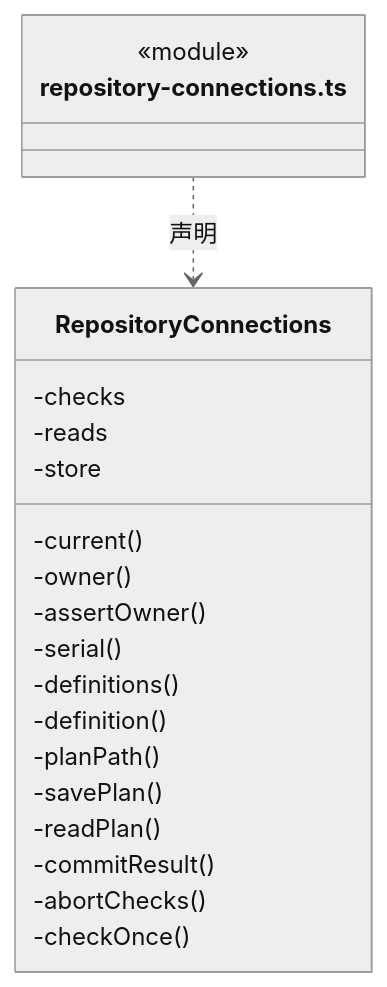
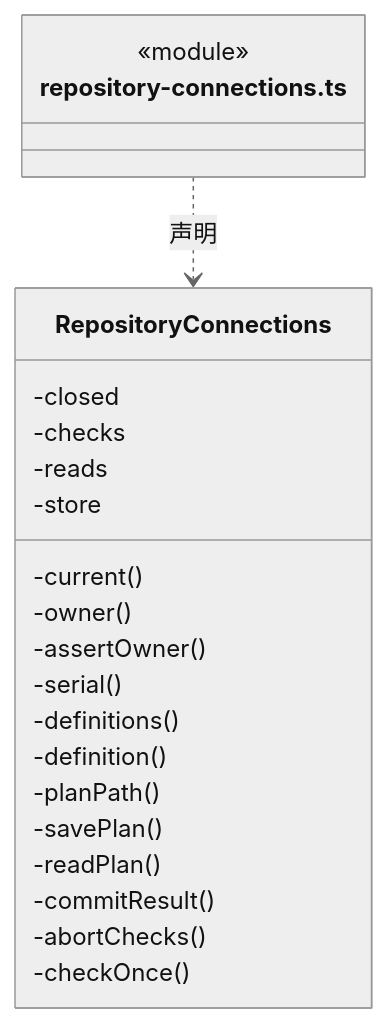
The third of 11 diagrams in src/backend/main/resources/ARCHITECTURE.md (nan023062/cbim), drawn with Mermaid (neutral theme) before and after one commit. The commit also changed other lines of this file and 62 other files, not shown here.

````diff
--- a/src/backend/main/resources/ARCHITECTURE.md
+++ b/src/backend/main/resources/ARCHITECTURE.md
@@ -97,24 +97,25 @@
 ```mermaid
 classDiagram
 class N_src_backend_main_resources_repository_connections_ts["repository-connections.ts"] {
   <<module>>
 }
 class N_src_backend_main_resources_repository_connections_ts_RepositoryConnections["RepositoryConnections"] {
+  -closed
   -checks
   -reads
   -store
   -current()
   -owner()
   -assertOwner()
   -serial()
   -definitions()
   -definition()
   -planPath()
   -savePlan()
   -readPlan()
   -commitResult()
   -abortChecks()
   -checkOnce()
 }
 N_src_backend_main_resources_repository_connections_ts ..> N_src_backend_main_resources_repository_connections_ts_RepositoryConnections : 声明
 ```
````
